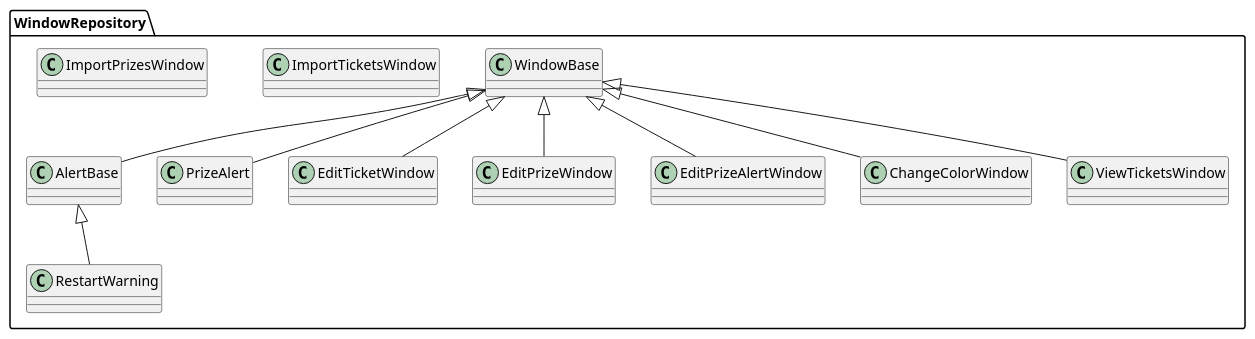
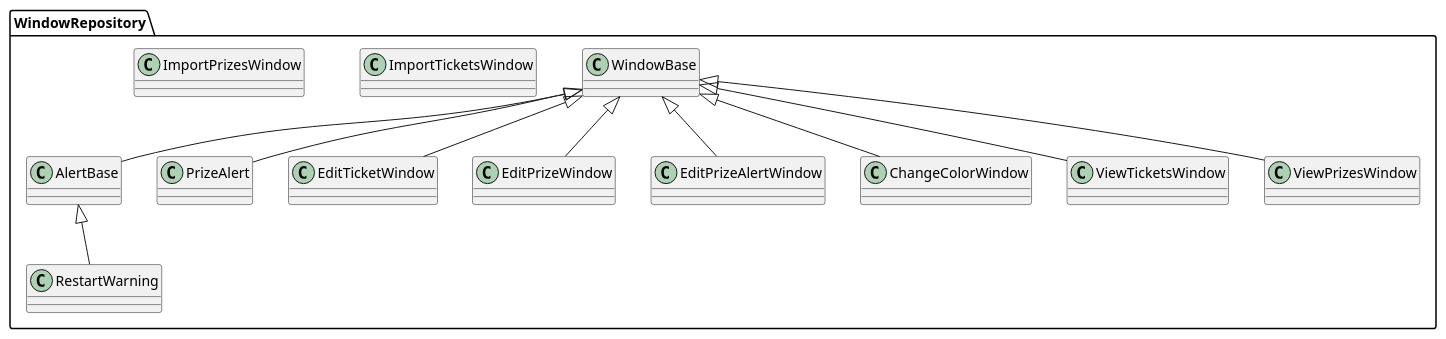
The diagram in docs/Windows_HLD.md (KaravolisL/AHEPA-Raffle), drawn with PlantUML before and after one commit.

Commit message:
Update HLD

````diff
--- a/docs/Windows_HLD.md
+++ b/docs/Windows_HLD.md
@@ -3,28 +3,30 @@
 ```plantuml
 
 package WindowRepository {
 
 class WindowBase
 class AlertBase
 class PrizeAlert
 class RestartWarning
 class ImportTicketsWindow
 class ImportPrizesWindow
 class EditTicketWindow
 class EditPrizeWindow
 class EditPrizeAlertWindow
 class ChangeColorWindow
 class ViewTicketsWindow
+class ViewPrizesWindow
 
 WindowBase <|-- AlertBase
 WindowBase <|-- PrizeAlert
 WindowBase <|-- EditTicketWindow
 WindowBase <|-- EditPrizeWindow
 WindowBase <|-- EditPrizeAlertWindow
 WindowBase <|-- ChangeColorWindow
 WindowBase <|-- ViewTicketsWindow
+WindowBase <|-- ViewPrizesWindow
 AlertBase <|-- RestartWarning
 
 }
 
 ```
````
